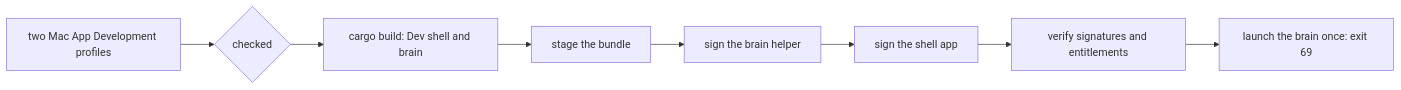
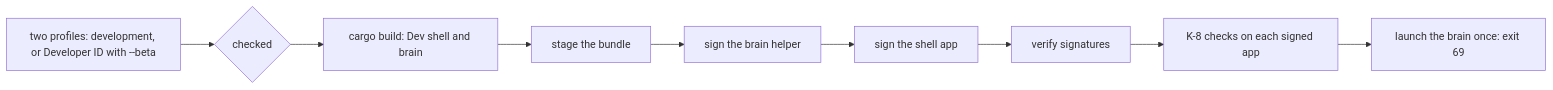
Before and after one commit to labcoder/capsula: the diagram in docs/development/mac-dev-bundle.md, drawn with Mermaid. The commit also changed other lines of this file and 2 other files, not shown here.

Commit message:
feat(xtask): add a developer id beta mode with artifact checks to mac-bundle

````diff
--- a/docs/development/mac-dev-bundle.md
+++ b/docs/development/mac-dev-bundle.md
@@ -12,9 +13,10 @@
 ```mermaid
 flowchart LR
-  P[two Mac App Development profiles] --> C{checked}
+  P[two profiles: development, or Developer ID with --beta] --> C{checked}
   C --> B[cargo build: Dev shell and brain]
   B --> S[stage the bundle]
   S --> SB[sign the brain helper] --> SS[sign the shell app]
-  SS --> V[verify signatures and entitlements]
-  V --> L[launch the brain once: exit 69]
+  SS --> V[verify signatures]
+  V --> K[K-8 checks on each signed app]
+  K --> L[launch the brain once: exit 69]
 ```
````
